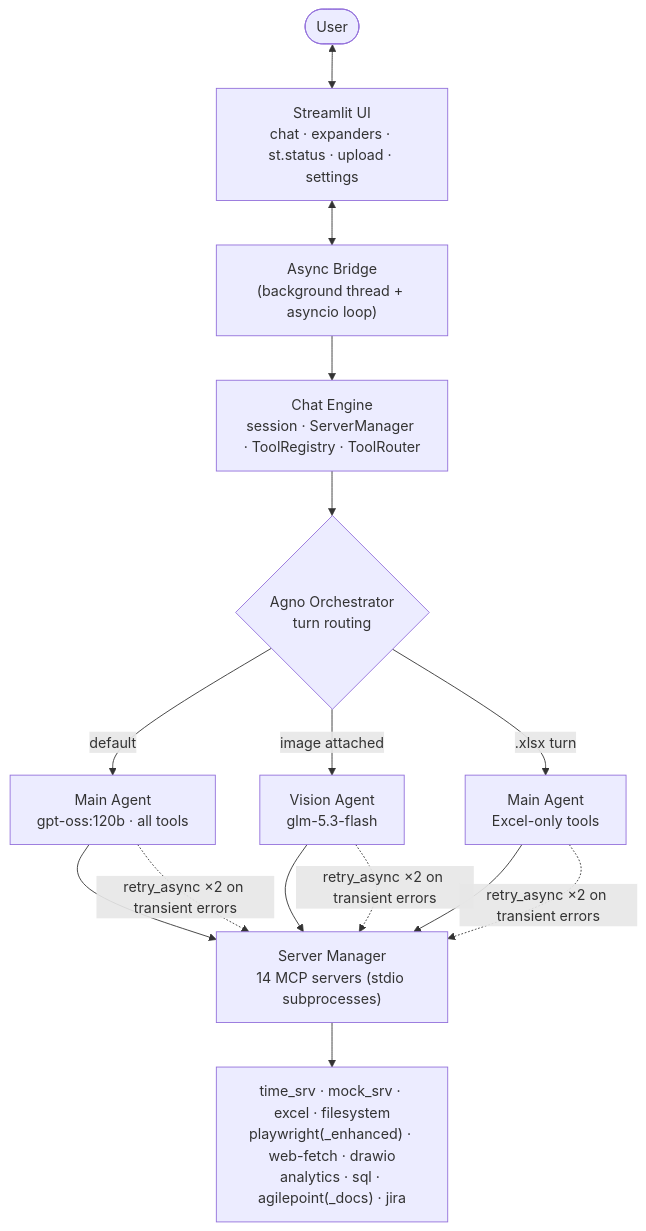
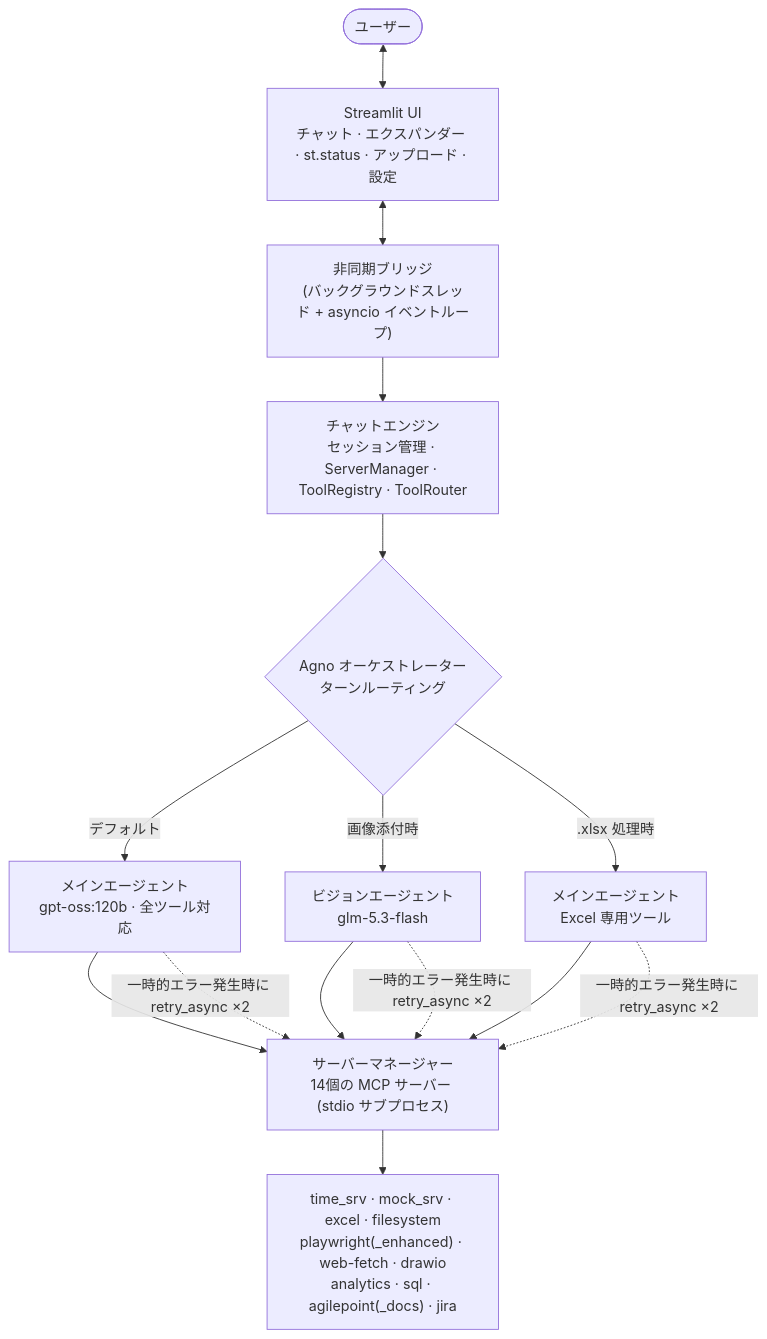
The diagram in 01-Agentic-AI/MCP-Tool-Orchestration/README.ja.md (git4rajmohan/AI_Projects), drawn with Mermaid before and after one commit. The commit also changed other lines of this file, not shown here.

````diff
--- a/01-Agentic-AI/MCP-Tool-Orchestration/README.ja.md
+++ b/01-Agentic-AI/MCP-Tool-Orchestration/README.ja.md
@@ -60,13 +60,13 @@
 ```mermaid
 flowchart TB
-    U([User]) <--> UI["Streamlit UI<br/>chat · expanders · st.status · upload · settings"]
-    UI <--> BR["Async Bridge<br/>(background thread + asyncio loop)"]
-    BR --> CE["Chat Engine<br/>session · ServerManager · ToolRegistry · ToolRouter"]
-    CE --> AO{"Agno Orchestrator<br/>turn routing"}
-    AO -->|default| MA["Main Agent<br/>gpt-oss:120b · all tools"]
-    AO -->|image attached| VA["Vision Agent<br/>glm-5.3-flash"]
-    AO -->|.xlsx turn| XA["Main Agent<br/>Excel-only tools"]
-    MA & VA & XA --> SM["Server Manager<br/>14 MCP servers (stdio subprocesses)"]
+    U([ユーザー]) <--> UI["Streamlit UI<br/>チャット · エクスパンダー · st.status · アップロード · 設定"]
+    UI <--> BR["非同期ブリッジ<br/>(バックグラウンドスレッド + asyncio イベントループ)"]
+    BR --> CE["チャットエンジン<br/>セッション管理 · ServerManager · ToolRegistry · ToolRouter"]
+    CE --> AO{"Agno オーケストレーター<br/>ターンルーティング"}
+    AO -->|デフォルト| MA["メインエージェント<br/>gpt-oss:120b · 全ツール対応"]
+    AO -->|画像添付時| VA["ビジョンエージェント<br/>glm-5.3-flash"]
+    AO -->|.xlsx 処理時| XA["メインエージェント<br/>Excel 専用ツール"]
+    MA & VA & XA --> SM["サーバーマネージャー<br/>14個の MCP サーバー (stdio サブプロセス)"]
     SM --> T["time_srv · mock_srv · excel · filesystem<br/>playwright(_enhanced) · web-fetch · drawio<br/>analytics · sql · agilepoint(_docs) · jira"]
-    MA & VA & XA -.->|retry_async ×2 on transient errors| SM
+    MA & VA & XA -.->|一時的エラー発生時に retry_async ×2| SM
 ```
````
